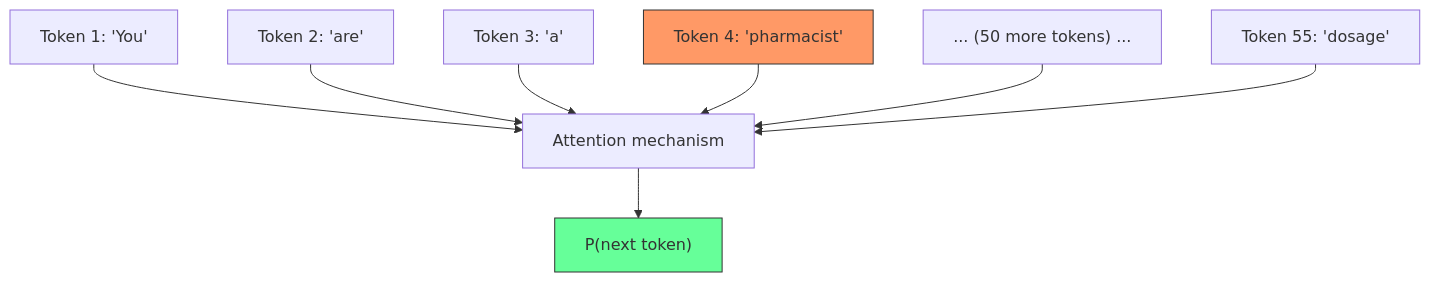
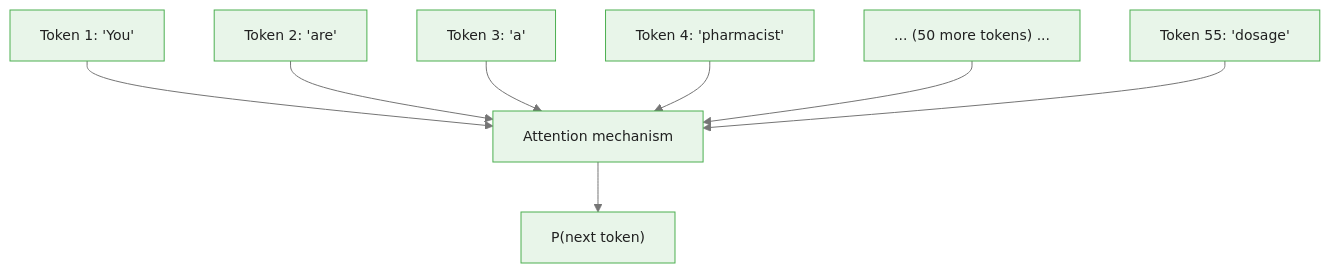
The third of 3 diagrams in courses/bayesian-prompt-engineering/modules/module_00_foundations/guides/01_autoregressive_generation_slides.md (m-deane/course-creator), drawn with Mermaid before and after one commit. The commit also changed other lines of this file and 53 other files, not shown here.

````diff
--- a/courses/bayesian-prompt-engineering/modules/module_00_foundations/guides/01_autoregressive_generation_slides.md
+++ b/courses/bayesian-prompt-engineering/modules/module_00_foundations/guides/01_autoregressive_generation_slides.md
@@ -175,13 +189,11 @@
 ```mermaid
+%%{init: {"theme": "base", "themeVariables": {"primaryColor": "#e8f5e9", "primaryBorderColor": "#4caf50", "primaryTextColor": "#212121", "secondaryColor": "#e3f2fd", "tertiaryColor": "#fff8e1", "lineColor": "#757575", "fontFamily": "Inter, sans-serif", "fontSize": "14px"}}}%%
 flowchart TD
     P1[Token 1: 'You'] --> ATT[Attention mechanism]
     P2[Token 2: 'are'] --> ATT
     P3[Token 3: 'a'] --> ATT
     P4[Token 4: 'pharmacist'] --> ATT
     P5["... (50 more tokens) ..."] --> ATT
     P6[Token 55: 'dosage'] --> ATT
     ATT --> OUT["P(next token)"]
-
-    style P4 fill:#f96,stroke:#333
-    style OUT fill:#6f9,stroke:#333
 ```
````
